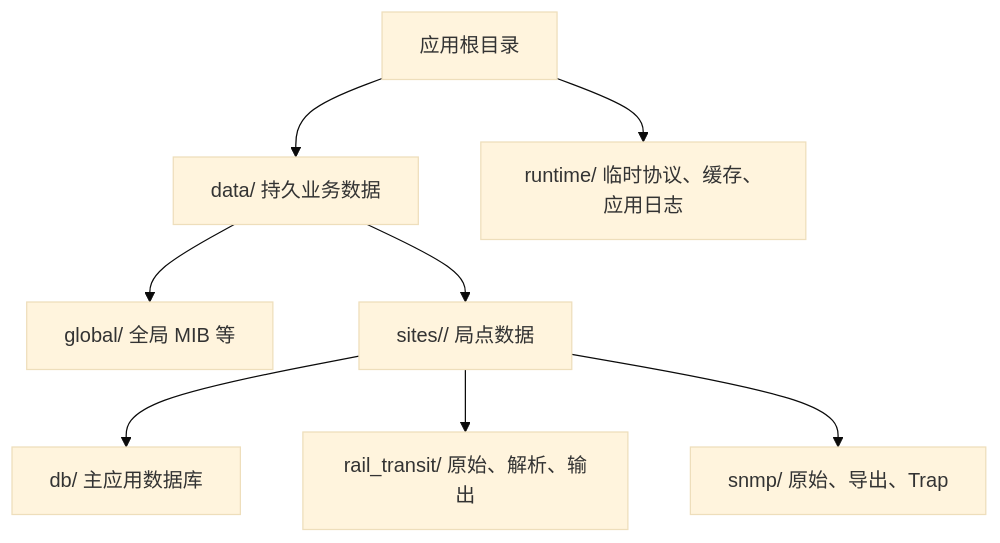
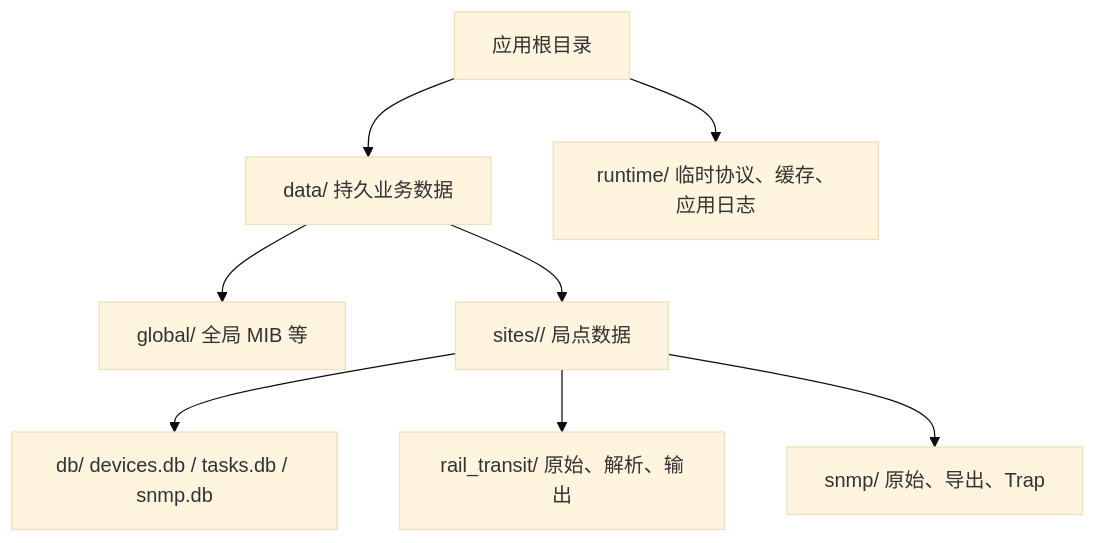
The fifth of 6 diagrams in docs/ARCHITECTURE.md (wxj183589/NetConsole), drawn with Mermaid (base theme) before and after one commit. The commit also changed other lines of this file and 63 other files, not shown here.

````diff
--- a/docs/ARCHITECTURE.md
+++ b/docs/ARCHITECTURE.md
@@ -108,10 +115,10 @@
 ```mermaid
 flowchart TD
     ROOT["应用根目录"] --> DATA["data/ 持久业务数据"]
     ROOT --> RUN["runtime/ 临时协议、缓存、应用日志"]
     DATA --> GLOBAL["global/ 全局 MIB 等"]
     DATA --> SITES["sites/<site>/ 局点数据"]
-    SITES --> DB["db/ 主应用数据库"]
+    SITES --> DB["db/ devices.db / tasks.db / snmp.db"]
     SITES --> RAIL["rail_transit/ 原始、解析、输出"]
     SITES --> SNMP["snmp/ 原始、导出、Trap"]
 ```
````
